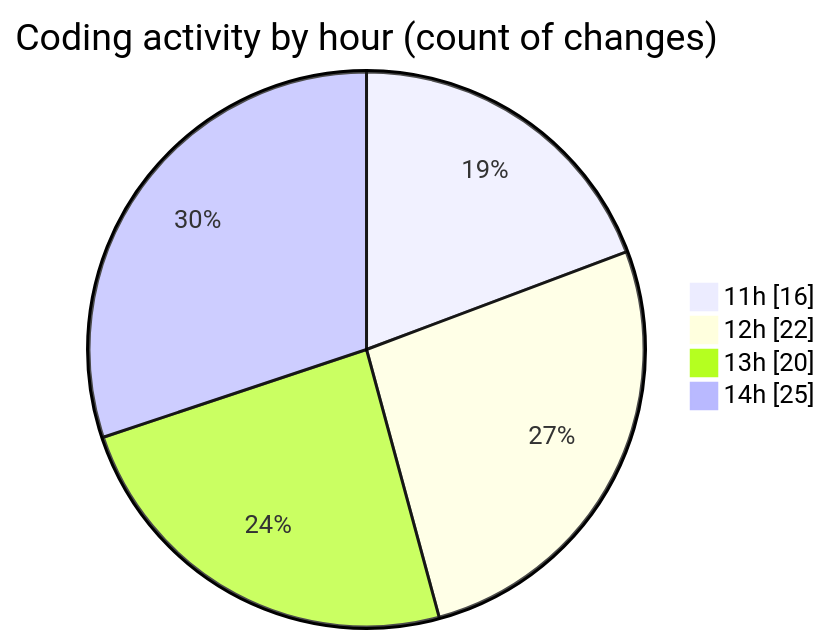
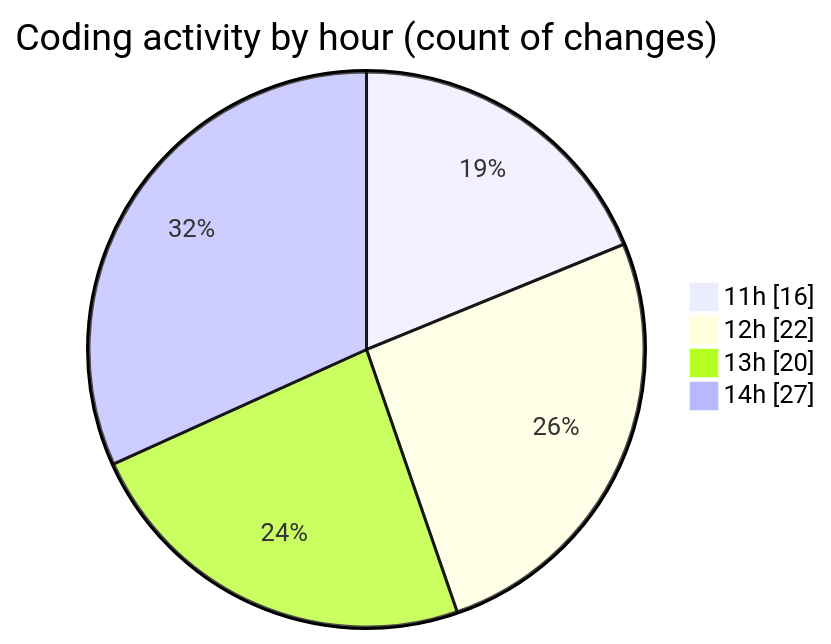
Before and after one commit to donsfak/code-tracking: the second of 2 diagrams in 2025-03-25/wordle/README.md, drawn with Mermaid. The commit also changed other lines of this file and 1 other file, not shown here.

````diff
--- a/2025-03-25/wordle/README.md
+++ b/2025-03-25/wordle/README.md
@@ -36,8 +36,8 @@
 ```mermaid
 pie showData
 title Coding activity by hour (count of changes)
 "11h" : 16
 "12h" : 22
 "13h" : 20
-"14h" : 25
+"14h" : 27
 ```
````
